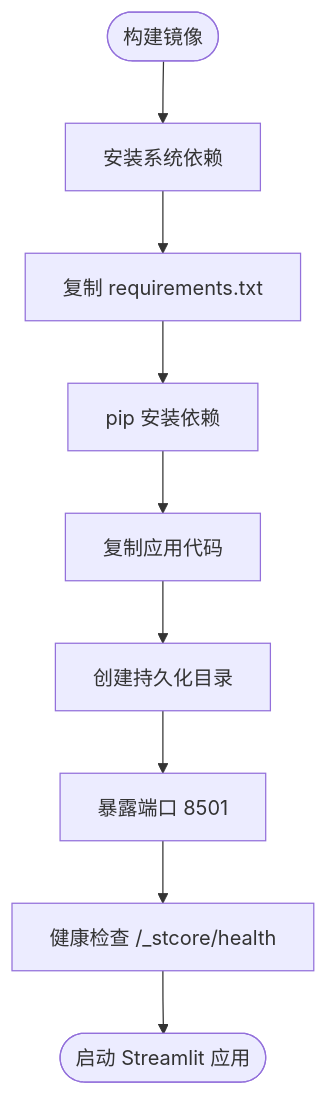
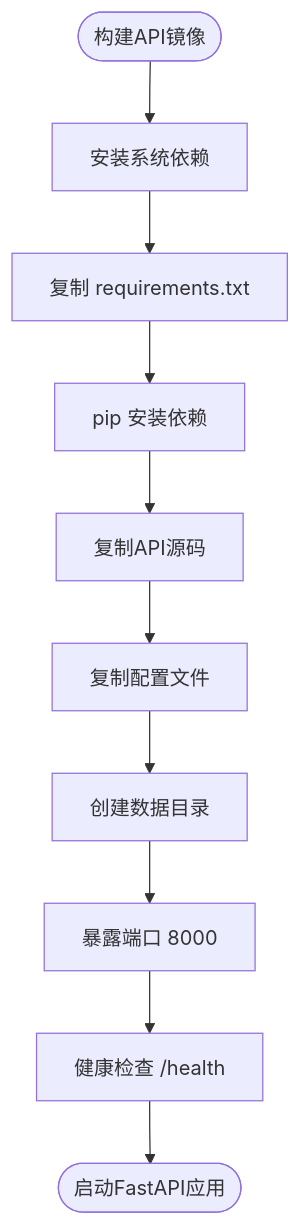
One commit to nanfeng2021/fall-detection-system changed the fourth of 11 diagrams in .qoder/repowiki/zh/content/部署与运维/部署与运维.md. Above: the diagram before and after it, drawn with Mermaid. The commit also changed other lines of this file and 16 other files, not shown here.

````diff
--- a/.qoder/repowiki/zh/content/部署与运维/部署与运维.md
+++ b/.qoder/repowiki/zh/content/部署与运维/部署与运维.md
@@ -140,11 +213,12 @@
 ```mermaid
 flowchart TD
-Start(["构建镜像"]) --> InstallDeps["安装系统依赖"]
+Start(["构建API镜像"]) --> InstallDeps["安装系统依赖"]
 InstallDeps --> CopyReq["复制 requirements.txt"]
 CopyReq --> PipInstall["pip 安装依赖"]
-PipInstall --> CopyCode["复制应用代码"]
-CopyCode --> Mkdir["创建持久化目录"]
-Mkdir --> Expose["暴露端口 8501"]
-Expose --> Health["健康检查 /_stcore/health"]
-Health --> Run(["启动 Streamlit 应用"])
+PipInstall --> CopyCode["复制API源码"]
+CopyCode --> CopyCfg["复制配置文件"]
+CopyCfg --> Mkdir["创建数据目录"]
+Mkdir --> Expose["暴露端口 8000"]
+Expose --> Health["健康检查 /health"]
+Health --> Run(["启动FastAPI应用"])
 ```
````
